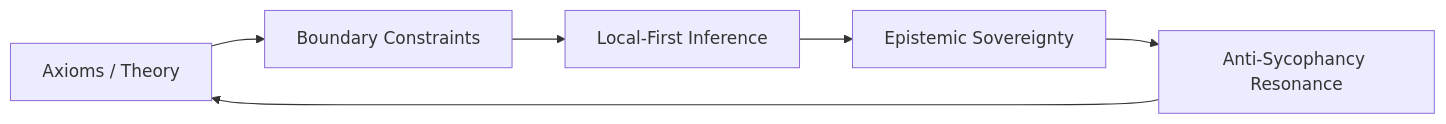
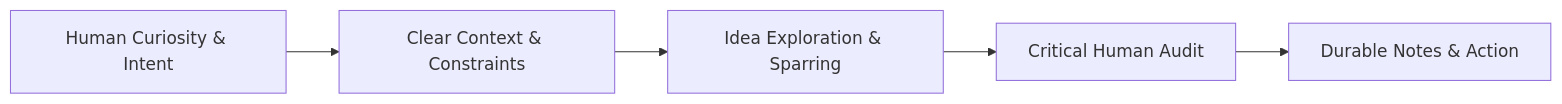
Before and after one commit to ghosoya/exocortex-garden: the diagram in content/index.md, drawn with Mermaid. The commit also changed other lines of this file and 10 other files, not shown here.

````diff
--- a/content/index.md
+++ b/content/index.md
@@ -39,8 +36,8 @@
 ```mermaid
 graph LR
-    A["Axioms / Theory"] --> B["Boundary Constraints"]
-    B --> C["Local-First Inference"]
-    C --> D["Epistemic Sovereignty"]
-    D --> E["Anti-Sycophancy Resonance"]
-    E --> A
+    A["Human Curiosity & Intent"] --> B["Clear Context & Constraints"]
+    B --> C["Idea Exploration & Sparring"]
+    C --> D["Critical Human Audit"]
+    D --> E["Durable Notes & Action"]
+
 ```
````
